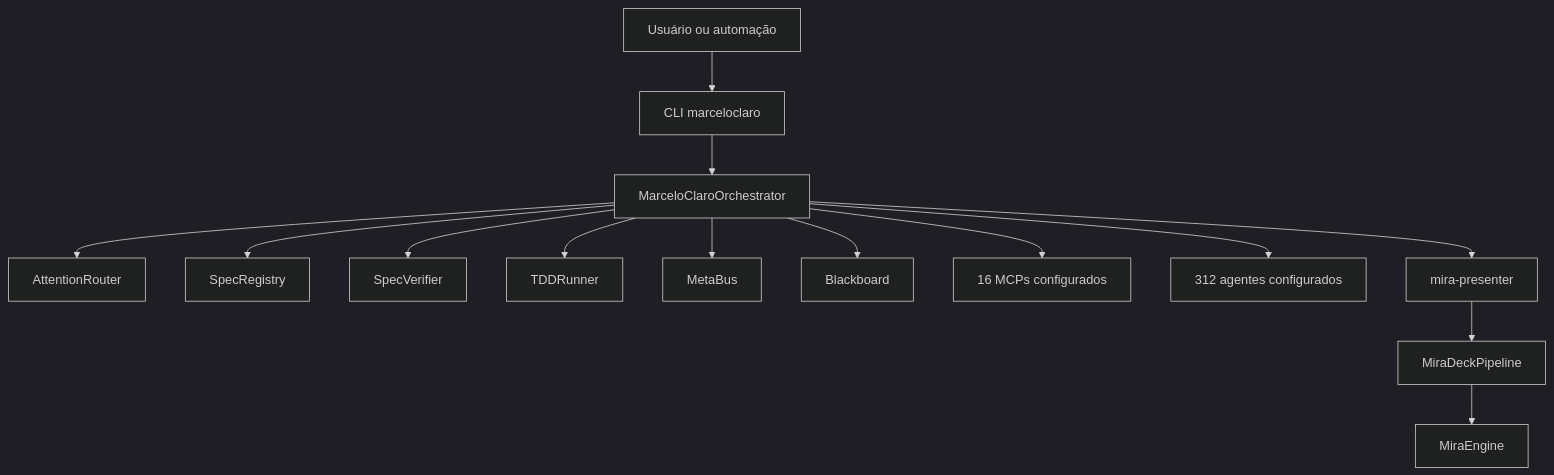
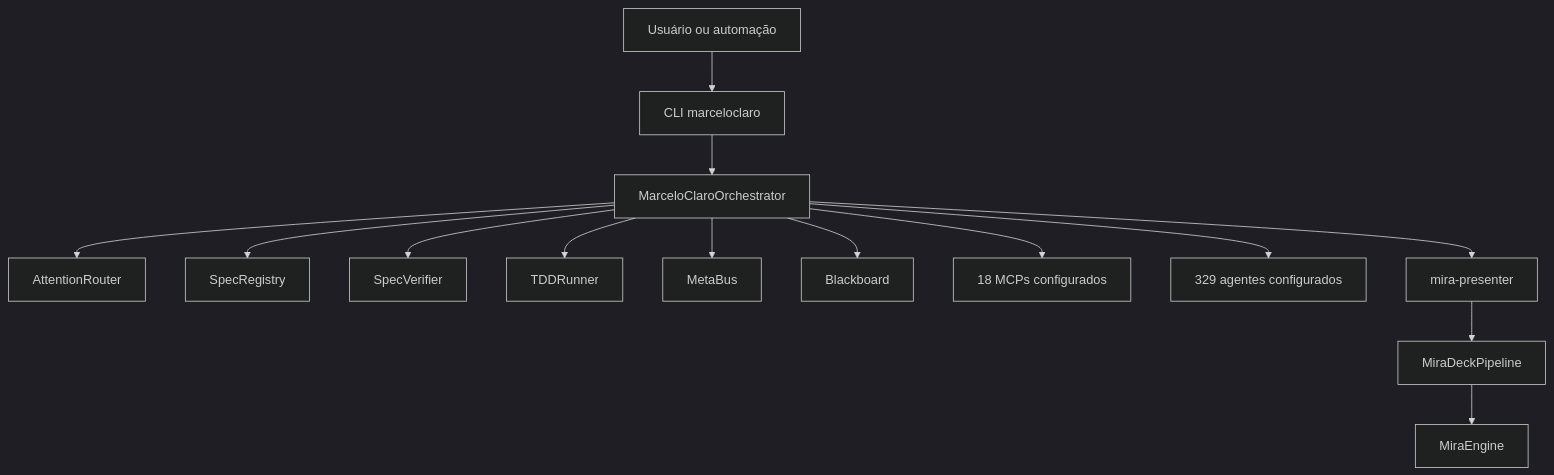
The third of 29 diagrams in README.md (MarceloClaro/opencode-ecosystem-core), drawn with Mermaid (dark theme) before and after one commit. The commit also changed other lines of this file and 6 other files, not shown here.

````diff
--- a/README.md
+++ b/README.md
@@ -495,16 +531,16 @@
 ```mermaid
 flowchart TB
     Usuario2[Usuário ou automação] --> CLI2[CLI marceloclaro]
     CLI2 --> Orq2[MarceloClaroOrchestrator]
     Orq2 --> Router[AttentionRouter]
     Orq2 --> SpecRegistry2[SpecRegistry]
     Orq2 --> SpecVerifier2[SpecVerifier]
     Orq2 --> TDDRunner2[TDDRunner]
     Orq2 --> MetaBus2[MetaBus]
     Orq2 --> Blackboard2[Blackboard]
-    Orq2 --> MCP2[16 MCPs configurados]
-    Orq2 --> Agents2[312 agentes configurados]
+    Orq2 --> MCP2[18 MCPs configurados]
+    Orq2 --> Agents2[329 agentes configurados]
     Orq2 --> Mira2[mira-presenter]
     Mira2 --> Deck2[MiraDeckPipeline]
     Deck2 --> Engine2[MiraEngine]
 ```
````
